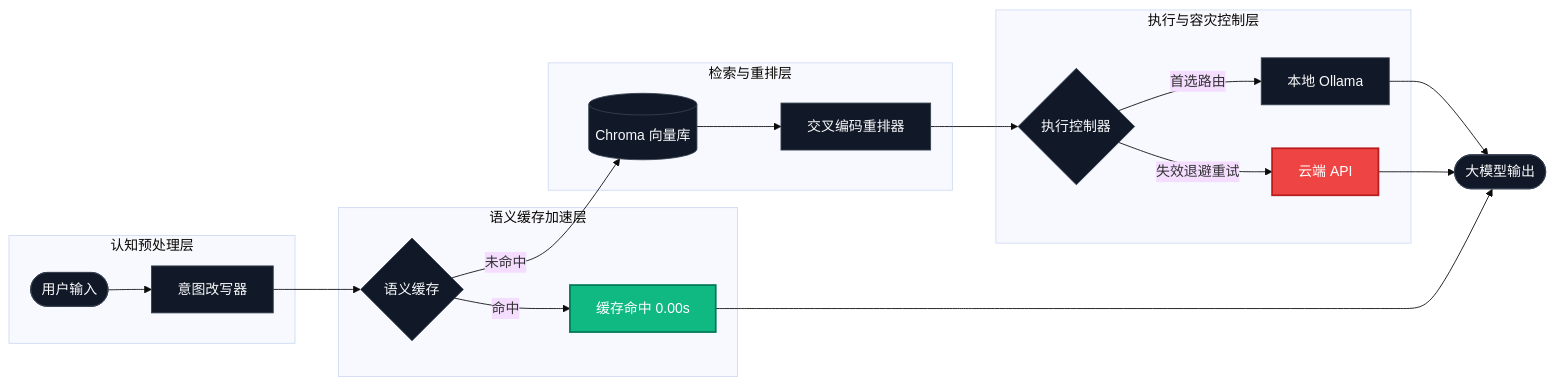
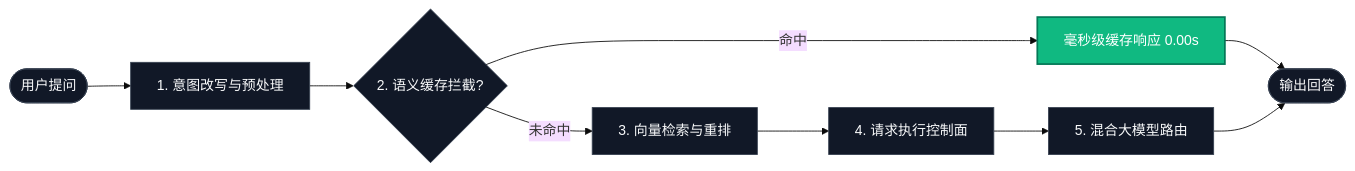
One commit to Hao610/AI-Model-Atlas changed the first of 3 diagrams in README_zh.md. Above: the diagram before and after it, drawn with Mermaid (base theme). The commit also changed other lines of this file and 1 other file, not shown here.

Commit message:
docs: refine to v3.6 cognitive convergence (CTA button badges, memory anchor poster, Speed/Stability/Logic runtime model)

````diff
--- a/README_zh.md
+++ b/README_zh.md
@@ -15,34 +17,20 @@
 ```mermaid
 flowchart LR
-    subgraph Pre [认知预处理层]
-        User([用户输入]) --> Rewriter[意图改写器]
-    end
-
-    subgraph Fast [语义缓存加速层]
-        Rewriter --> Cache{语义缓存}
-        Cache -->|命中| Hit[缓存命中 0.00s]
-    end
-
-    subgraph Search [检索与重排层]
-        Cache -->|未命中| DB[(Chroma 向量库)]
-        DB --> Reranker[交叉编码重排器]
-    end
-
-    subgraph Exec [执行与容灾控制层]
-        Reranker --> Controller{执行控制器}
-        Controller -->|首选路由| Ollama[本地 Ollama]
-        Controller -->|失效退避重试| CloudAPI[云端 API]
-    end
-
-    Ollama --> Final([大模型输出])
-    CloudAPI --> Final
-    Hit --> Final
+    Query([用户提问]) --> Pre[1. 意图改写与预处理]
+    Pre --> Cache{2. 语义缓存拦截?}
+    
+    Cache -->|命中| CacheHit[毫秒级缓存响应 0.00s]
+    Cache -->|未命中| RAG[3. 向量检索与重排]
+    
+    RAG --> Controller[4. 请求执行控制面]
+    Controller --> LLM[5. 混合大模型路由]
+    
+    CacheHit --> Output([输出回答])
+    LLM --> Output
 
     classDef default fill:#111827,stroke:#374151,stroke-width:1px,color:#f9fafb;
     classDef highlight fill:#10b981,stroke:#047857,stroke-width:2px,color:#fff;
-    classDef alert fill:#ef4444,stroke:#b91c1c,stroke-width:2px,color:#fff;
     classDef title fill:#1f2937,stroke:#4b5563,stroke-width:1px,color:#f3f4f6;
 
-    class Hit highlight;
-    class CloudAPI alert;
+    class CacheHit highlight;
 ```
````
